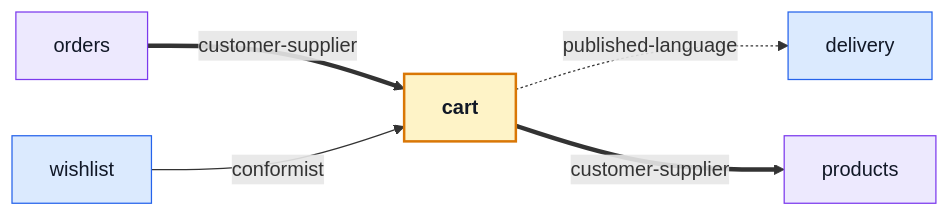
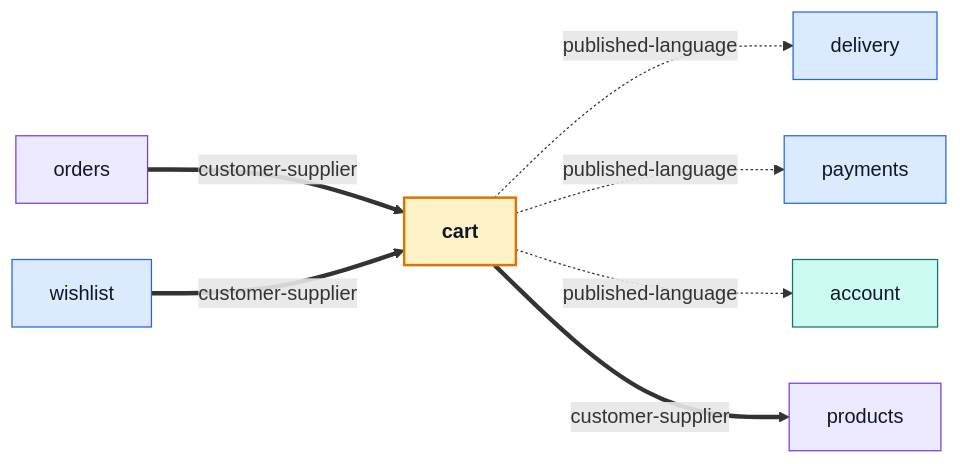
Before and after one commit to Guebbit/boilerplate-vue-frontend: the first of 6 diagrams in docs/modules/cart.md, drawn with Mermaid. The commit also changed other lines of this file and 71 other files, not shown here.

````diff
--- a/docs/modules/cart.md
+++ b/docs/modules/cart.md
@@ -24,16 +24,19 @@
 ```mermaid
 %%{init: {'flowchart': {'nodeSpacing': 45, 'rankSpacing': 75}}}%%
 flowchart LR
     orders["orders"] ==>|"customer-supplier"| cart["<b>cart</b>"]
-    wishlist["wishlist"] -->|"conformist"| cart["<b>cart</b>"]
+    wishlist["wishlist"] ==>|"customer-supplier"| cart["<b>cart</b>"]
     cart["<b>cart</b>"] -.->|"published-language"| delivery["delivery"]
+    cart["<b>cart</b>"] -.->|"published-language"| payments["payments"]
+    cart["<b>cart</b>"] -.->|"published-language"| account["account"]
     cart["<b>cart</b>"] ==>|"customer-supplier"| products["products"]
 
     classDef core fill:#ede9fe,stroke:#7c3aed,color:#111827;
     classDef supporting fill:#dbeafe,stroke:#2563eb,color:#111827;
     classDef generic fill:#ccfbf1,stroke:#0f766e,color:#111827;
     classDef self fill:#fef3c7,stroke:#d97706,color:#111827,stroke-width:2px;
     class orders,products core;
-    class delivery,wishlist supporting;
+    class delivery,payments,wishlist supporting;
+    class account generic;
     class cart self;
 ```
````
